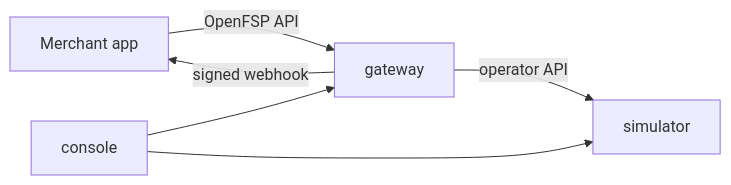
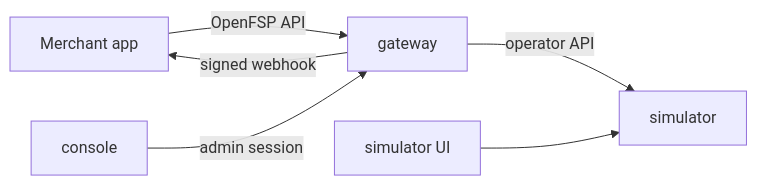
Before and after one commit to openfspht/openfsp: the diagram in README.md, drawn with Mermaid. The commit also changed other lines of this file and 42 other files, not shown here.

Commit message:
feat: give the console a sign-in and the simulator its own interface

````diff
--- a/README.md
+++ b/README.md
@@ -6,8 +6,8 @@
 ```mermaid
 flowchart LR
     App["Merchant app"] -- "OpenFSP API" --> GW["gateway"]
     GW -- "operator API" --> Sim["simulator"]
     GW -- "signed webhook" --> App
-    Console["console"] --> GW
-    Console --> Sim
+    Console["console"] -- "admin session" --> GW
+    SimUI["simulator UI"] --> Sim
 ```
````
